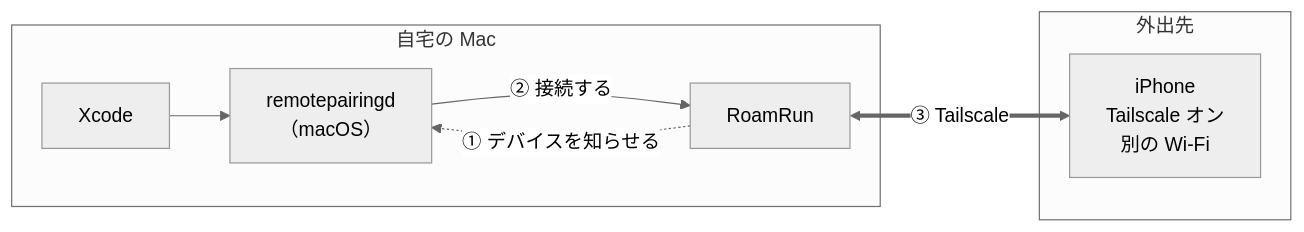
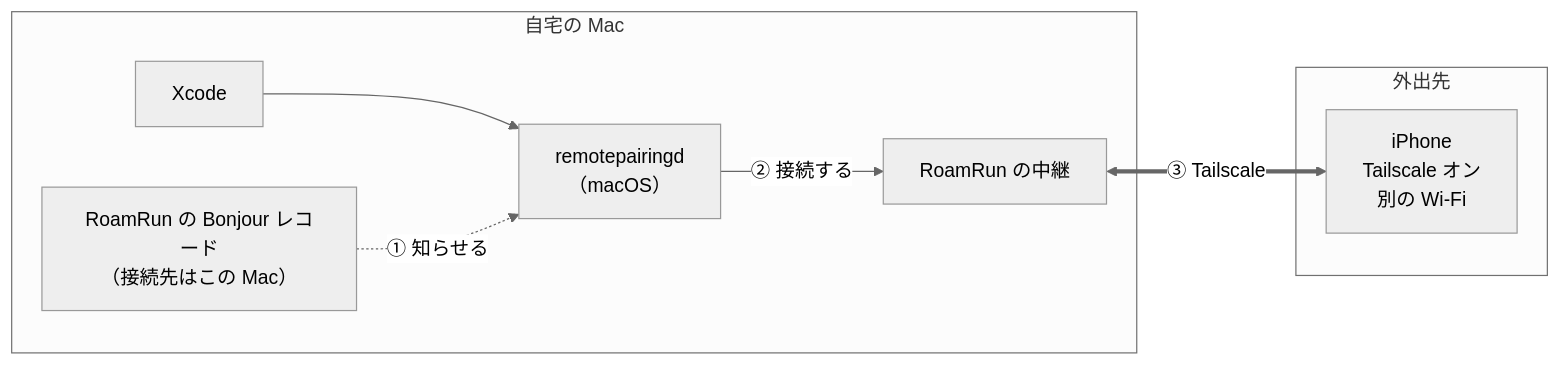
One commit to mh-mobile/RoamRun changed the diagram in README.ja.md. Above: the diagram before and after it, drawn with Mermaid (neutral theme). The commit also changed 1 other file, not shown here.

Commit message:
README: the first diagram without two arrows between the same boxes
On GitHub they overlapped: the ① was cut off and its direction couldn't be seen. It now has the
shape of the diagram in How it works.

````diff
--- a/README.ja.md
+++ b/README.ja.md
@@ -23,12 +23,12 @@
 ```mermaid
 flowchart LR
   subgraph mac["自宅の Mac"]
     xcode["Xcode"] --> service["remotepairingd<br/>（macOS）"]
-    relay["RoamRun"] -. "① デバイスを知らせる" .-> service
-    service -- "② 接続する" --> relay
+    record["RoamRun の Bonjour レコード<br/>（接続先はこの Mac）"] -. "① 知らせる" .-> service
+    service -- "② 接続する" --> relay["RoamRun の中継"]
   end
   subgraph away["外出先"]
     device["iPhone<br/>Tailscale オン<br/>別の Wi-Fi"]
   end
   relay <== "③ Tailscale" ==> device
 ```
````
